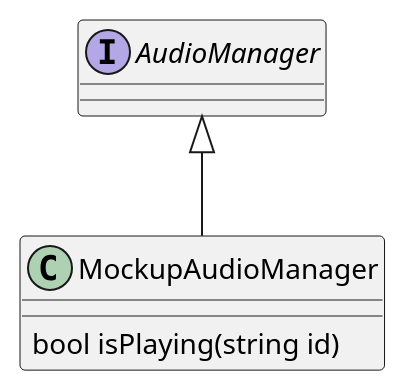
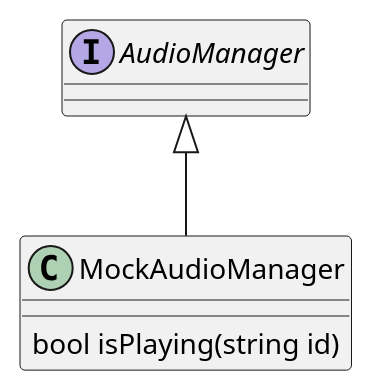
One commit to asrob-uc3m/robotDevastation-developer-manual changed the third of 3 diagrams in en/sound-management.md. Above: the diagram before and after it, drawn with PlantUML. The commit also changed other lines of this file and 10 other files, not shown here.

First line of the commit message:
Replace 'Mockup' with 'Mock'

```diff
--- a/en/sound-management.md
+++ b/en/sound-management.md
@@ -56,9 +56,9 @@
 {% plantuml %}
 interface AudioManager 
 
-Class MockupAudioManager {
+Class MockAudioManager {
  bool isPlaying(string id)
 }
 
-AudioManager <|-- MockupAudioManager
+AudioManager <|-- MockAudioManager
 {% endplantuml %}
```
